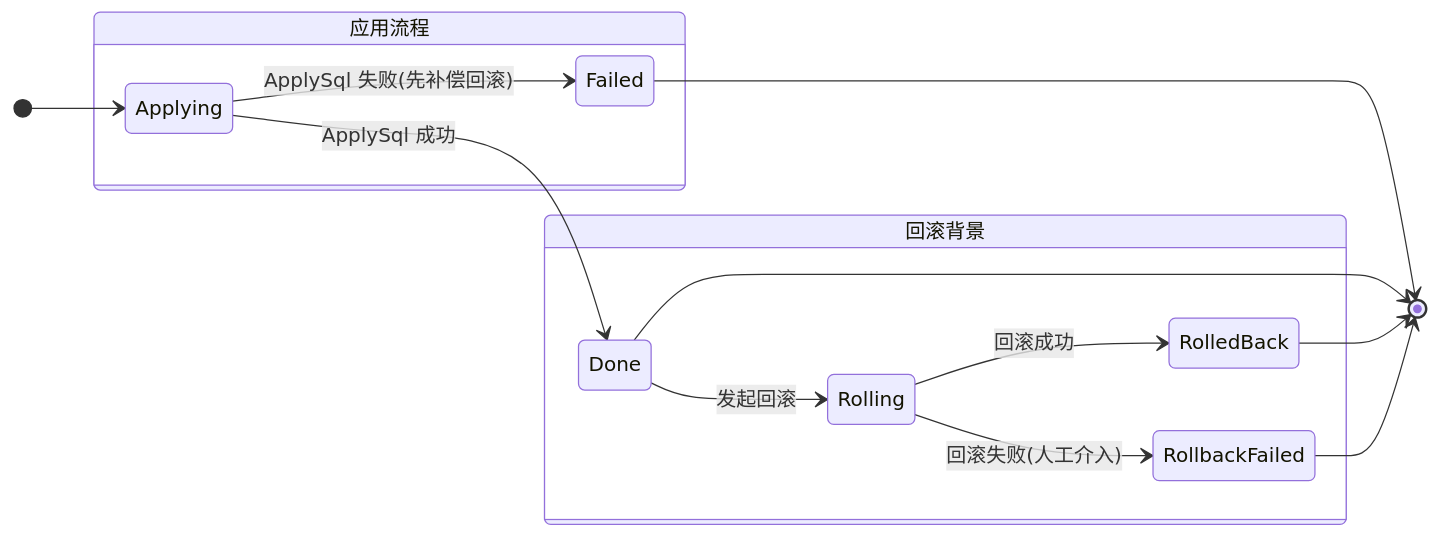
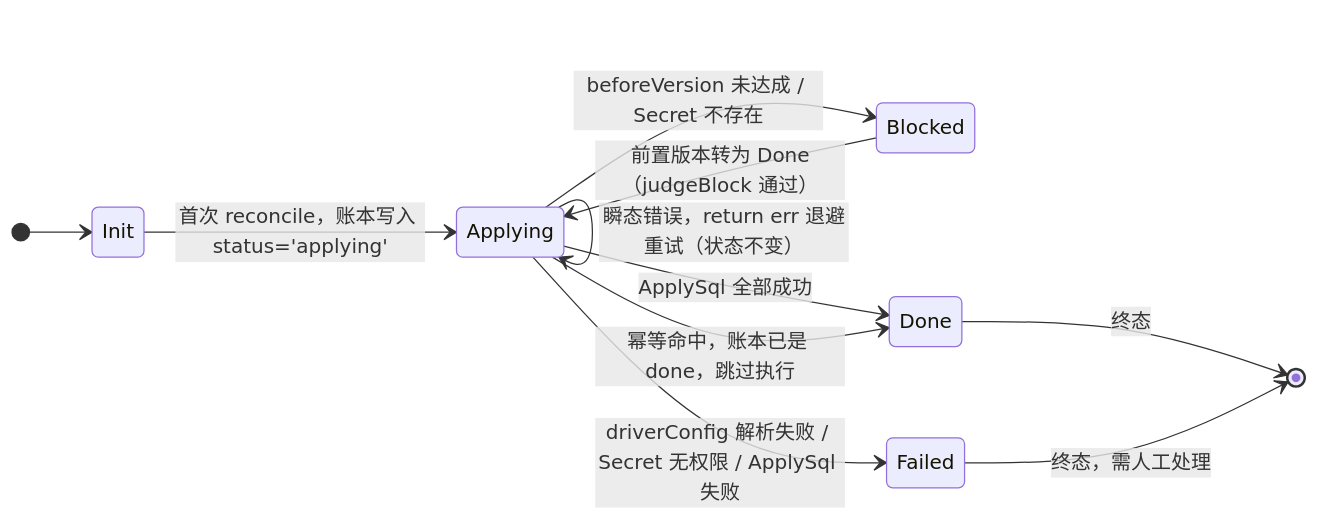
One commit to wwwdotsheng/db-migration-operator changed the diagram in docs/schemamigration-state-machine.mmd. Above: the diagram before and after it, drawn with Mermaid. The commit also changed 7 other files, not shown here.

First line of the commit message:
docs: 重写 README 并更新状态机图

```diff
--- a/docs/schemamigration-state-machine.mmd
+++ b/docs/schemamigration-state-machine.mmd
@@ -1,16 +1,12 @@
 stateDiagram-v2
     direction LR
-    [*] --> Applying
-    state "应用流程" as apply {
-        Applying --> Done : ApplySql 成功
-        Applying --> Failed : ApplySql 失败(先补偿回滚)
-    }
-    state "回滚背景" as rollback {
-        Done --> Rolling : 发起回滚
-        Rolling --> RolledBack : 回滚成功
-        Rolling --> RollbackFailed : 回滚失败(人工介入)
-    }
-    Failed --> [*]
-    Done --> [*]
-    RolledBack --> [*]
-    RollbackFailed --> [*]
+    [*] --> Init
+    Init --> Applying : 首次 reconcile，账本写入 status='applying'
+    Applying --> Applying : 瞬态错误，return err 退避重试（状态不变）
+    Applying --> Done : ApplySql 全部成功
+    Applying --> Done : 幂等命中，账本已是 done，跳过执行
+    Applying --> Blocked : beforeVersion 未达成 / Secret 不存在
+    Blocked --> Applying : 前置版本转为 Done（judgeBlock 通过）
+    Applying --> Failed : driverConfig 解析失败 / Secret 无权限 / ApplySql 失败
+    Done --> [*] : 终态
+    Failed --> [*] : 终态，需人工处理
```
